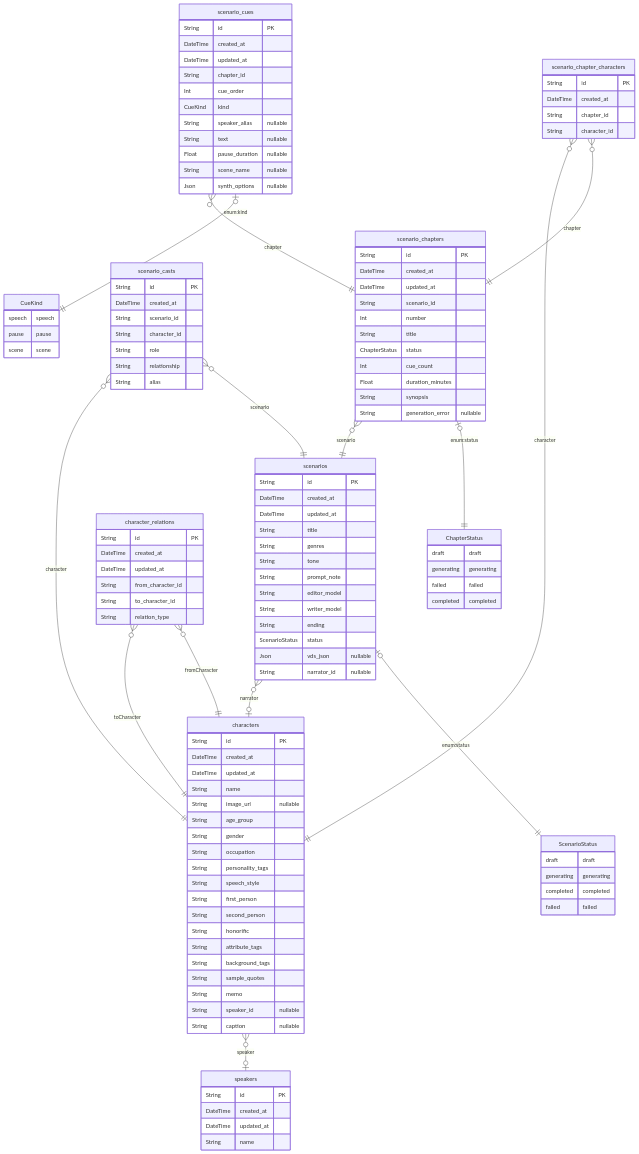
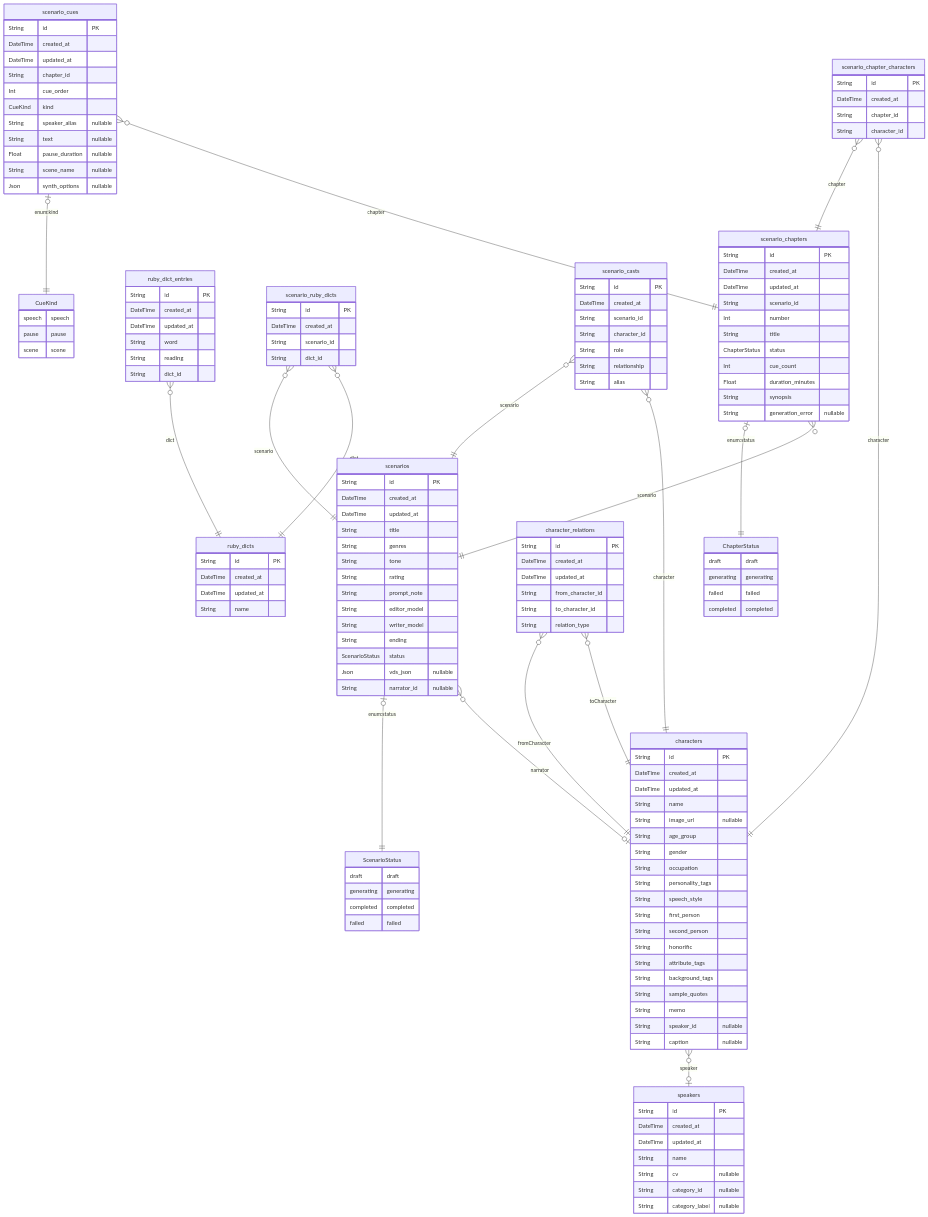
Before and after one commit to tkgstrator/Irodori-TTS-Discord-Bot: the diagram in workers/web/prisma/ERD.md, drawn with Mermaid. The commit also changed 80 other files, not shown here.

First line of the commit message:
feat(web): add ruby dict management, migrate LLM to Qwen, and update schemas

```diff
--- a/workers/web/prisma/ERD.md
+++ b/workers/web/prisma/ERD.md
@@ -53,6 +53,35 @@
     DateTime created_at 
     DateTime updated_at 
     String name 
+    String cv "nullable"
+    String category_id "nullable"
+    String category_label "nullable"
+    }
+  
+
+  "ruby_dicts" {
+    String id "PK"
+    DateTime created_at 
+    DateTime updated_at 
+    String name 
+    }
+  
+
+  "ruby_dict_entries" {
+    String id "PK"
+    DateTime created_at 
+    DateTime updated_at 
+    String word 
+    String reading 
+    String dict_id 
+    }
+  
+
+  "scenario_ruby_dicts" {
+    String id "PK"
+    DateTime created_at 
+    String scenario_id 
+    String dict_id 
     }
   
 
@@ -73,6 +102,7 @@
     String title 
     String genres 
     String tone 
+    String rating 
     String prompt_note 
     String editor_model 
     String writer_model 
@@ -132,6 +162,9 @@
     }
   
     "characters" }o--|o speakers : "speaker"
+    "ruby_dict_entries" }o--|| ruby_dicts : "dict"
+    "scenario_ruby_dicts" }o--|| scenarios : "scenario"
+    "scenario_ruby_dicts" }o--|| ruby_dicts : "dict"
     "character_relations" }o--|| characters : "fromCharacter"
     "character_relations" }o--|| characters : "toCharacter"
     "scenarios" |o--|| "ScenarioStatus" : "enum:status"
```
